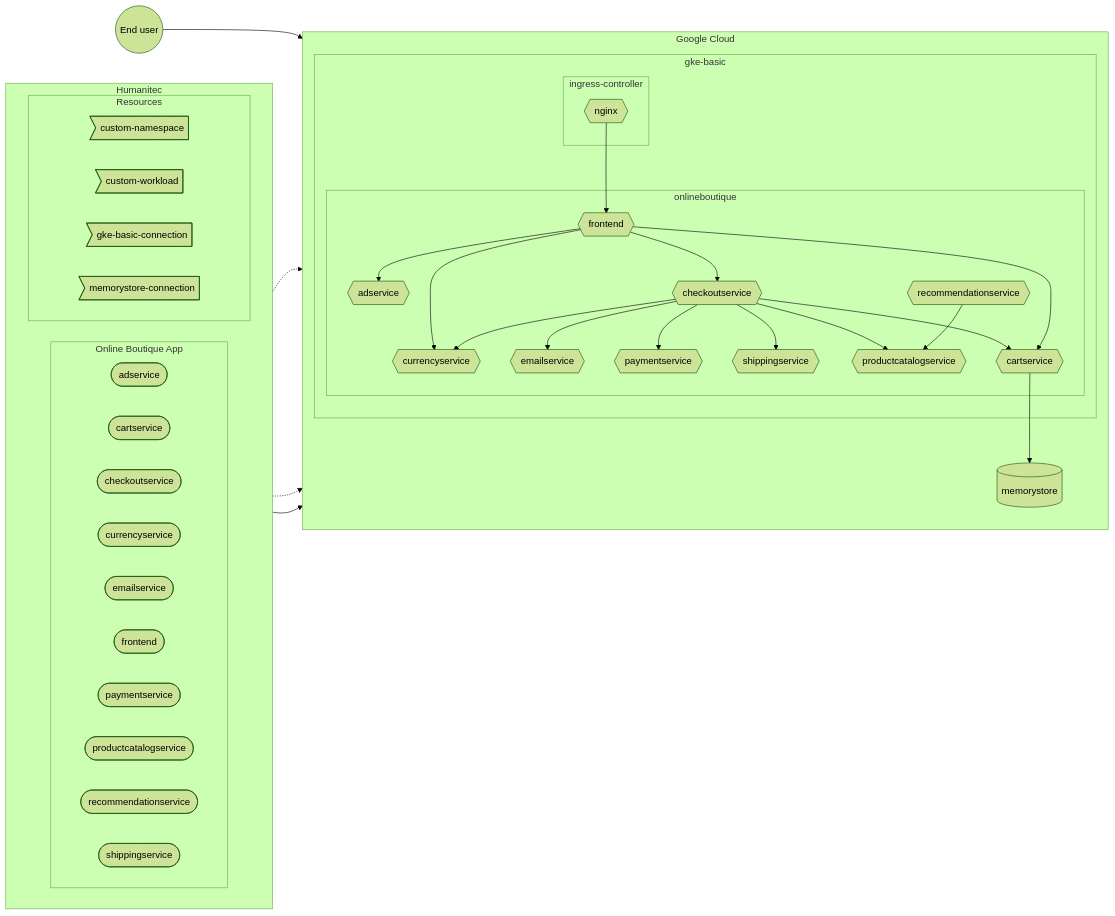
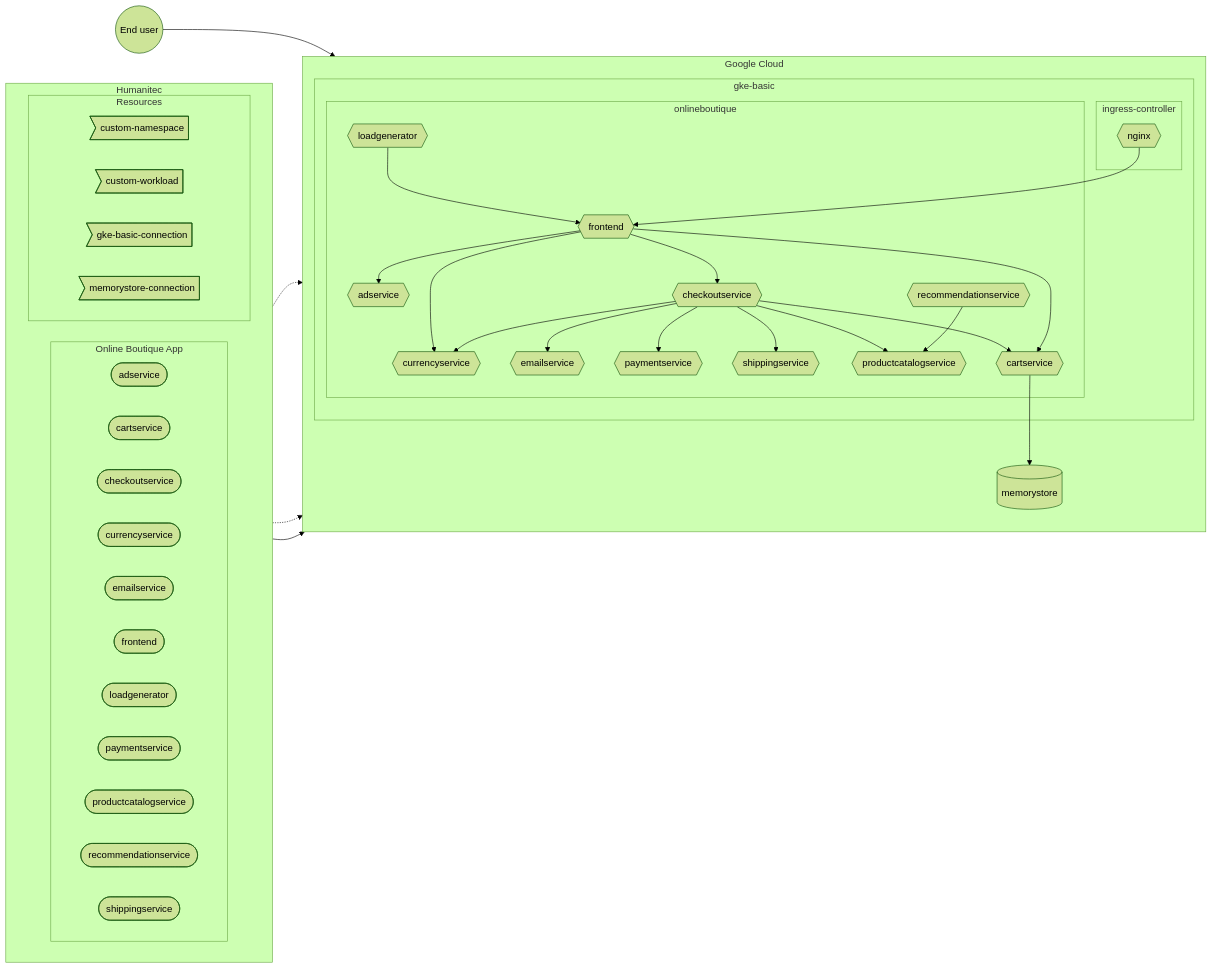
One commit to mathieu-benoit/hello-humanitec changed the diagram in docs/gke-basic.md. Above: the diagram before and after it, drawn with Mermaid (forest theme). The commit also changed other lines of this file, not shown here.

````diff
--- a/docs/gke-basic.md
+++ b/docs/gke-basic.md
@@ -3,52 +8,54 @@
 ```mermaid
 flowchart LR
   subgraph Humanitec
     direction LR
     subgraph onlineboutique-app [Online Boutique App]
       direction LR
       adservice-workload([adservice])
       cartservice-workload([cartservice])
       checkoutservice-workload([checkoutservice])
       currencyservice-workload([currencyservice])
       emailservice-workload([emailservice])
       frontend-workload([frontend])
+      loadgenerator-workload([loadgenerator])
       paymentservice-workload([paymentservice])
       productcatalogservice-workload([productcatalogservice])
       recommendationservice-workload([recommendationservice])
       shippingservice-workload([shippingservice])
     end
     subgraph Resources
         custom-namespace>custom-namespace]
         custom-workload>custom-workload]
         gke-basic-connection>gke-basic-connection]
         memorystore-connection>memorystore-connection]
     end
   end
   subgraph Google Cloud
     direction TB
     subgraph gke-basic
         subgraph ingress-controller
             nginx{{nginx}}
         end
         subgraph onlineboutique
             frontend{{frontend}}-->adservice{{adservice}}
             frontend-->checkoutservice{{checkoutservice}}
             frontend-->currencyservice{{currencyservice}}
             checkoutservice-->emailservice{{emailservice}}
             checkoutservice-->paymentservice{{paymentservice}}
             checkoutservice-->currencyservice
             checkoutservice-->shippingservice{{shippingservice}}
             checkoutservice-->productcatalogservice{{productcatalogservice}}
             checkoutservice-->cartservice{{cartservice}}
             frontend-->cartservice
+            loadgenerator{{loadgenerator}}-->frontend
             recommendationservice{{recommendationservice}}-->productcatalogservice
         end
         nginx-->frontend
     end
     gke-basic-connection-.->gke-basic
     memorystore-connection-.->memorystore[(memorystore)]
     onlineboutique-app-->onlineboutique
     cartservice-->memorystore
   end
   enduser((End user))-->nginx
 ```
````
